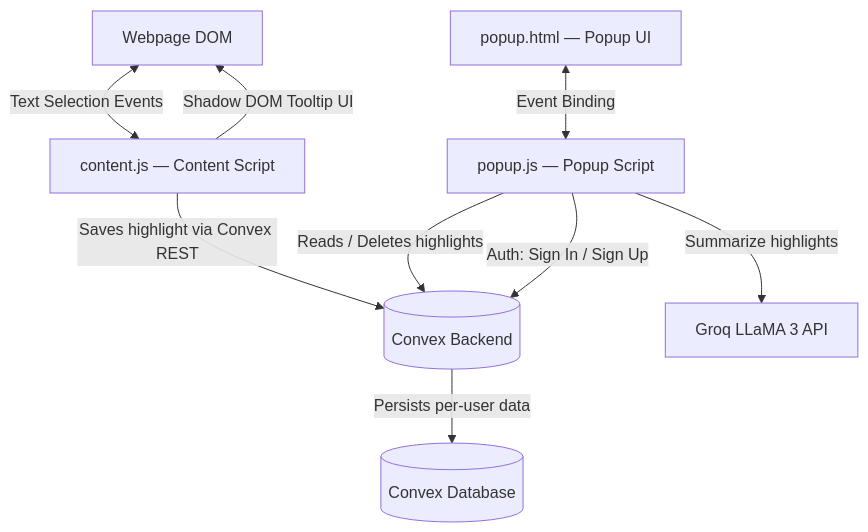
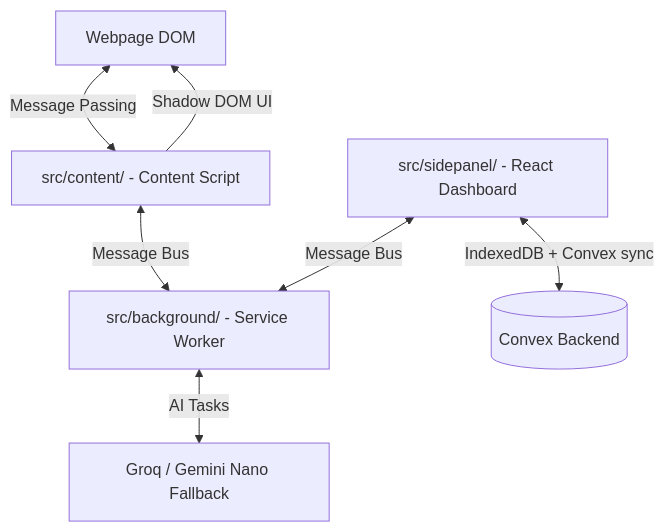
The diagram in readme.md (shiv2240/Cactro-Interview-05-07-2026-), drawn with Mermaid before and after one commit. The commit also changed other lines of this file and 3 other files, not shown here.

````diff
--- a/readme.md
+++ b/readme.md
@@ -53,11 +56,9 @@
 ```mermaid
 graph TD
-    A[Webpage DOM] <-->|Text Selection Events| B[content.js — Content Script]
-    B -->|Shadow DOM Tooltip UI| A
-    B -->|Saves highlight via Convex REST| C[(Convex Backend)]
-    D[popup.html — Popup UI] <-->|Event Binding| E[popup.js — Popup Script]
-    E -->|Reads / Deletes highlights| C
-    E -->|Auth: Sign In / Sign Up| C
-    E -->|Summarize highlights| F[Groq LLaMA 3 API]
-    C -->|Persists per-user data| G[(Convex Database)]
+    A[Webpage DOM] <-->|Message Passing| B[src/content/ - Content Script]
+    B -->|Shadow DOM UI| A
+    B <-->|Message Bus| C[src/background/ - Service Worker]
+    D[src/sidepanel/ - React Dashboard] <-->|Message Bus| C
+    D <-->|IndexedDB + Convex sync| E[(Convex Backend)]
+    C <-->|AI Tasks| F[Groq / Gemini Nano Fallback]
 ```
````
